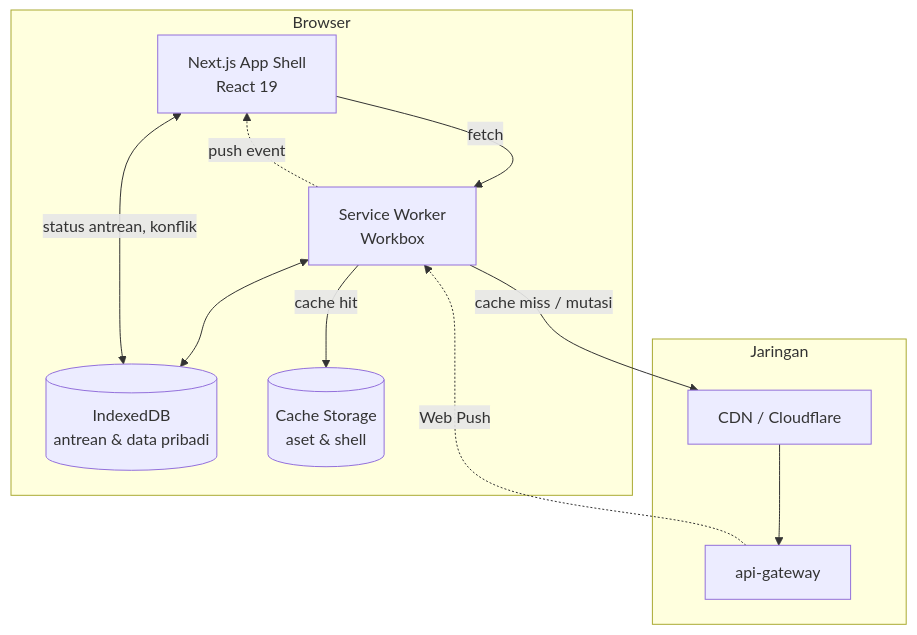
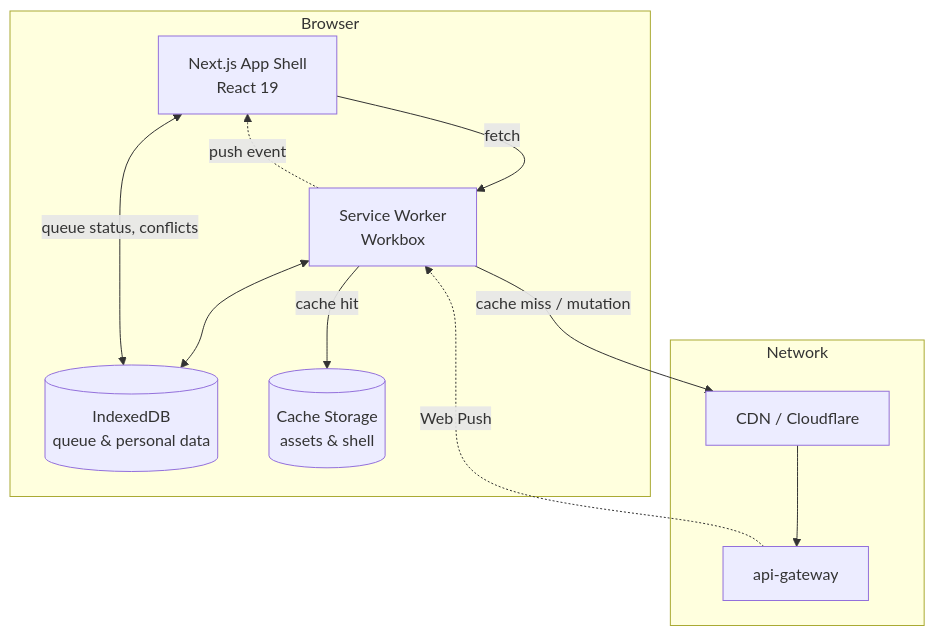
The diagram in PLAN/11-PWA-Frontend.md (zed378/hris), drawn with Mermaid before and after one commit. The commit also changed other lines of this file and 2 other files, not shown here.

````diff
--- a/PLAN/11-PWA-Frontend.md
+++ b/PLAN/11-PWA-Frontend.md
@@ -143,24 +143,24 @@
 ```mermaid
 graph TB
     subgraph Browser
         UI[Next.js App Shell<br/>React 19]
         SW[Service Worker<br/>Workbox]
-        IDB[(IndexedDB<br/>antrean & data pribadi)]
-        CS[(Cache Storage<br/>aset & shell)]
+        IDB[(IndexedDB<br/>queue & personal data)]
+        CS[(Cache Storage<br/>assets & shell)]
     end
 
-    subgraph Jaringan
+    subgraph Network
         CDN[CDN / Cloudflare]
         GW[api-gateway]
     end
 
     UI -->|fetch| SW
     SW -->|cache hit| CS
-    SW -->|cache miss / mutasi| CDN
+    SW -->|cache miss / mutation| CDN
     CDN --> GW
     SW <--> IDB
-    UI <-->|status antrean, konflik| IDB
+    UI <-->|queue status, conflicts| IDB
 
     SW -.push event.-> UI
     GW -.Web Push.-> SW
 ```
````
